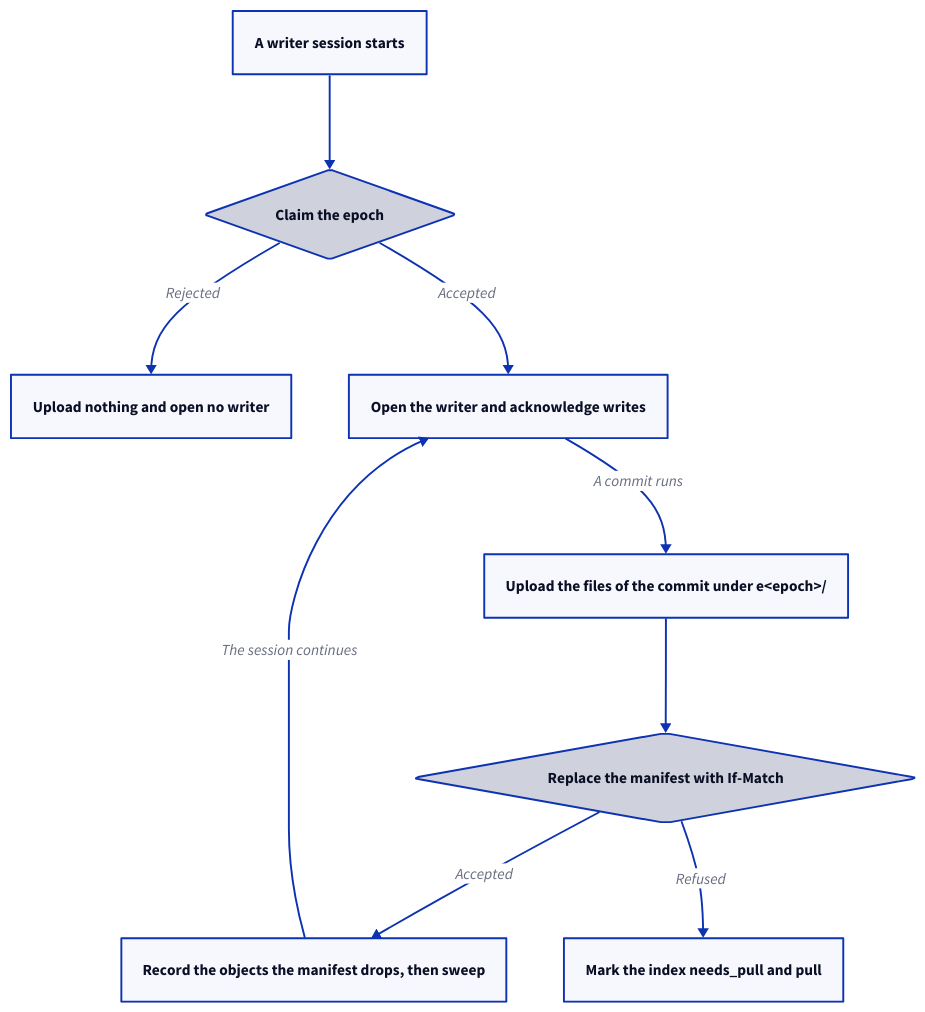
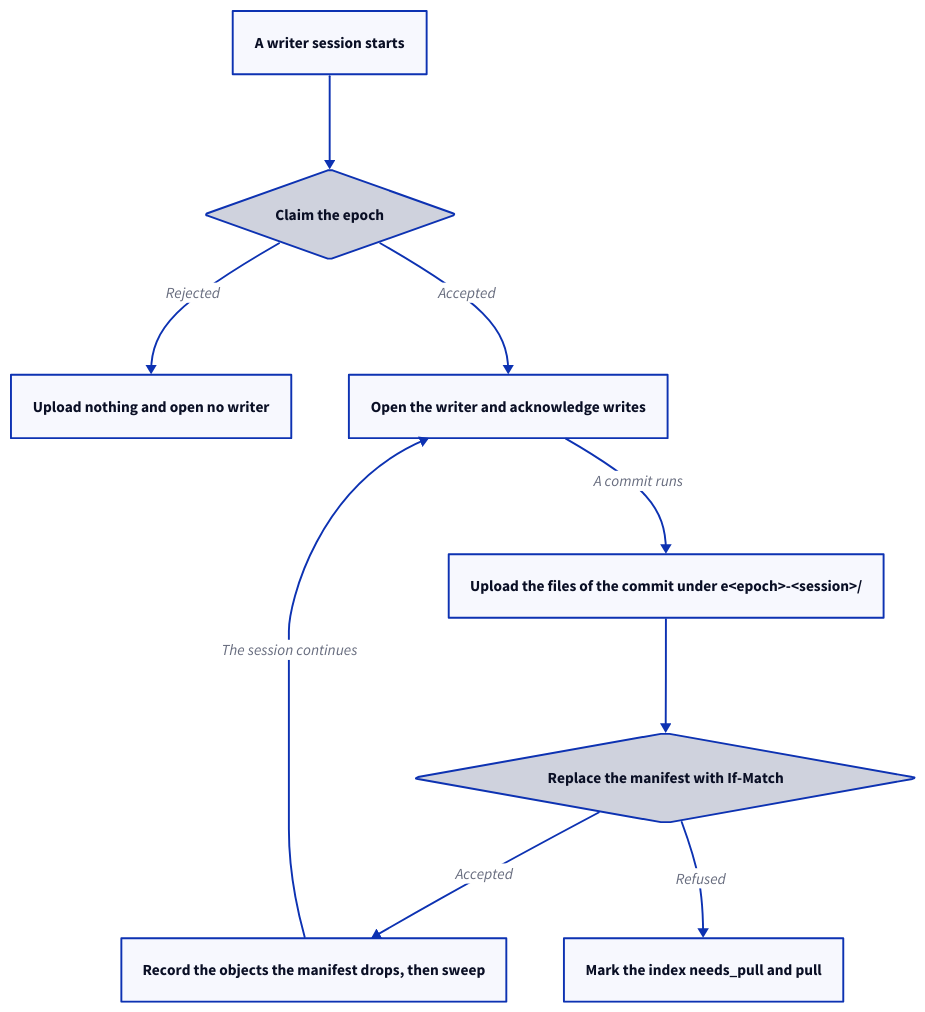
The second of 3 diagrams in docs/explanation/synchronization.md (LevelFourAB/exofind), drawn with D2 before and after one commit. The commit also changed other lines of this file and 7 other files, not shown here.

````diff
--- a/docs/explanation/synchronization.md
+++ b/docs/explanation/synchronization.md
@@ -87,29 +87,29 @@
 ```d2 title="A session claims an epoch before it opens a writer, and every push uploads its files before it replaces the manifest"
 direction: down
 
 open: A writer session starts
 
 claim: Claim the epoch {
   shape: diamond
 }
 
 stop: Upload nothing and open no writer
 writer: Open the writer and acknowledge writes
-upload: "Upload the files of the commit under e<epoch>/"
+upload: "Upload the files of the commit under e<epoch>-<session>/"
 
 push: Replace the manifest with If-Match {
   shape: diamond
 }
 
 accepted: Record the objects the manifest drops, then sweep
 conflict: Mark the index needs_pull and pull
 
 open -> claim
 claim -> stop: Rejected
 claim -> writer: Accepted
 writer -> upload: A commit runs
 upload -> push
 push -> accepted: Accepted
 push -> conflict: Refused
 accepted -> writer: The session continues
 ```
````
